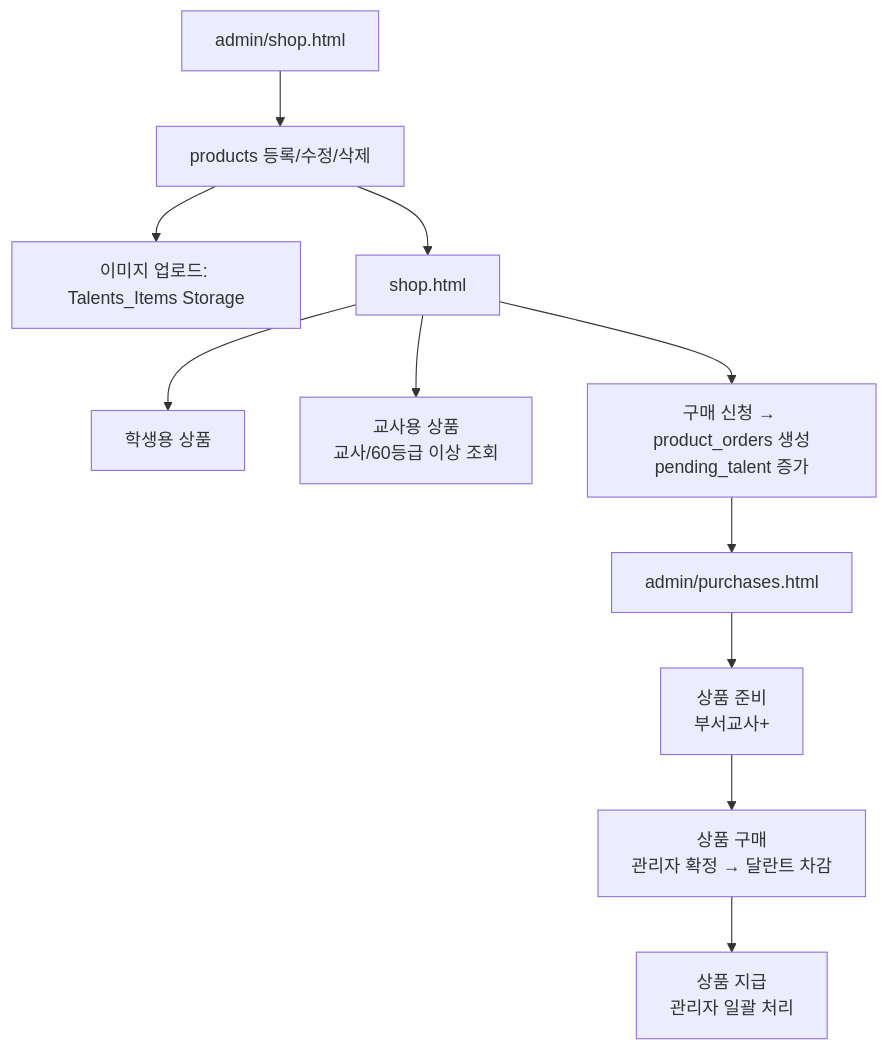
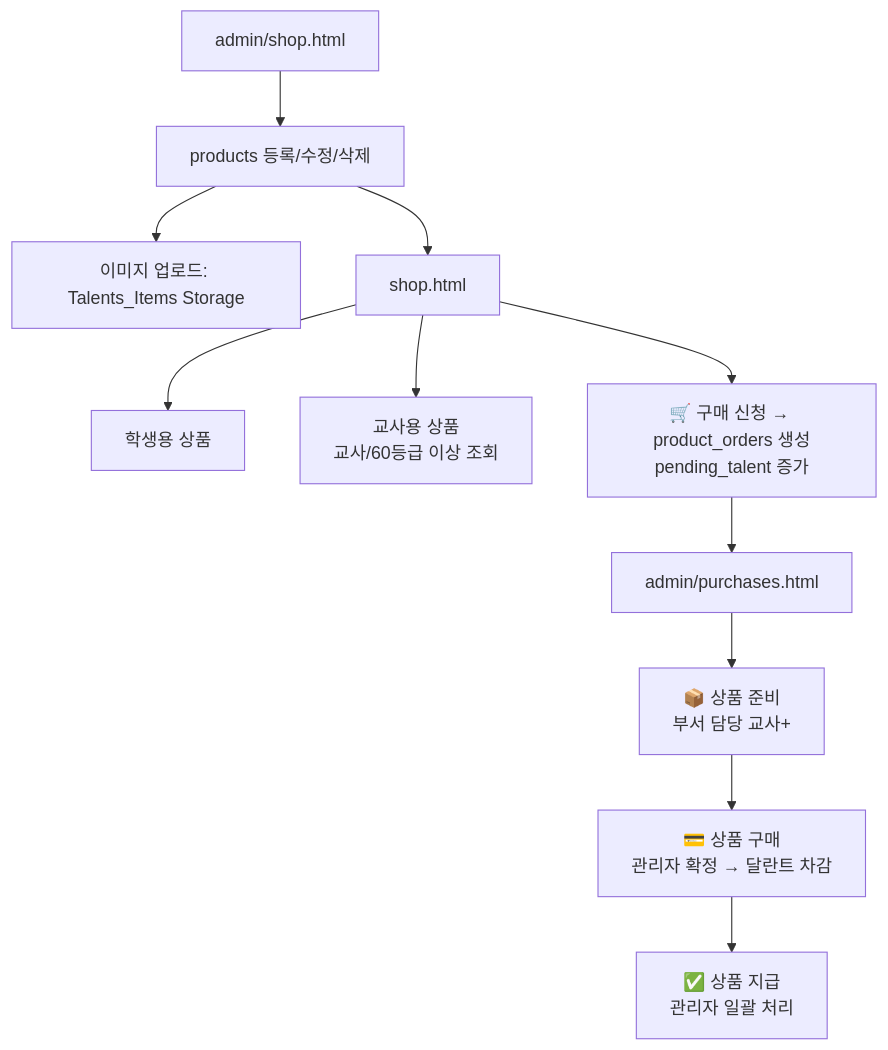
The sixth of 6 diagrams in README.md (CHO-Talents/CHO-Talents), drawn with Mermaid before and after one commit. The commit also changed other lines of this file and 2 other files, not shown here.

````diff
--- a/README.md
+++ b/README.md
@@ -249,13 +259,13 @@
 ```mermaid
 flowchart TD
   AdminShop["admin/shop.html"] --> ProductCRUD["products 등록/수정/삭제"]
   ProductCRUD --> Storage["이미지 업로드: Talents_Items Storage"]
   ProductCRUD --> PublicShop["shop.html"]
   PublicShop --> StudentGoods["학생용 상품"]
   PublicShop --> TeacherGoods["교사용 상품<br/>교사/60등급 이상 조회"]
-  PublicShop --> OrderRequest["구매 신청 → product_orders 생성<br/>pending_talent 증가"]
+  PublicShop --> OrderRequest["🛒 구매 신청 → product_orders 생성<br/>pending_talent 증가"]
   OrderRequest --> PurchaseMgmt["admin/purchases.html"]
-  PurchaseMgmt --> Preparing["상품 준비<br/>부서교사+"]
-  Preparing --> Purchased["상품 구매<br/>관리자 확정 → 달란트 차감"]
-  Purchased --> Delivered["상품 지급<br/>관리자 일괄 처리"]
+  PurchaseMgmt --> Preparing["📦 상품 준비<br/>부서 담당 교사+"]
+  Preparing --> Purchased["💳 상품 구매<br/>관리자 확정 → 달란트 차감"]
+  Purchased --> Delivered["✅ 상품 지급<br/>관리자 일괄 처리"]
 ```
````
